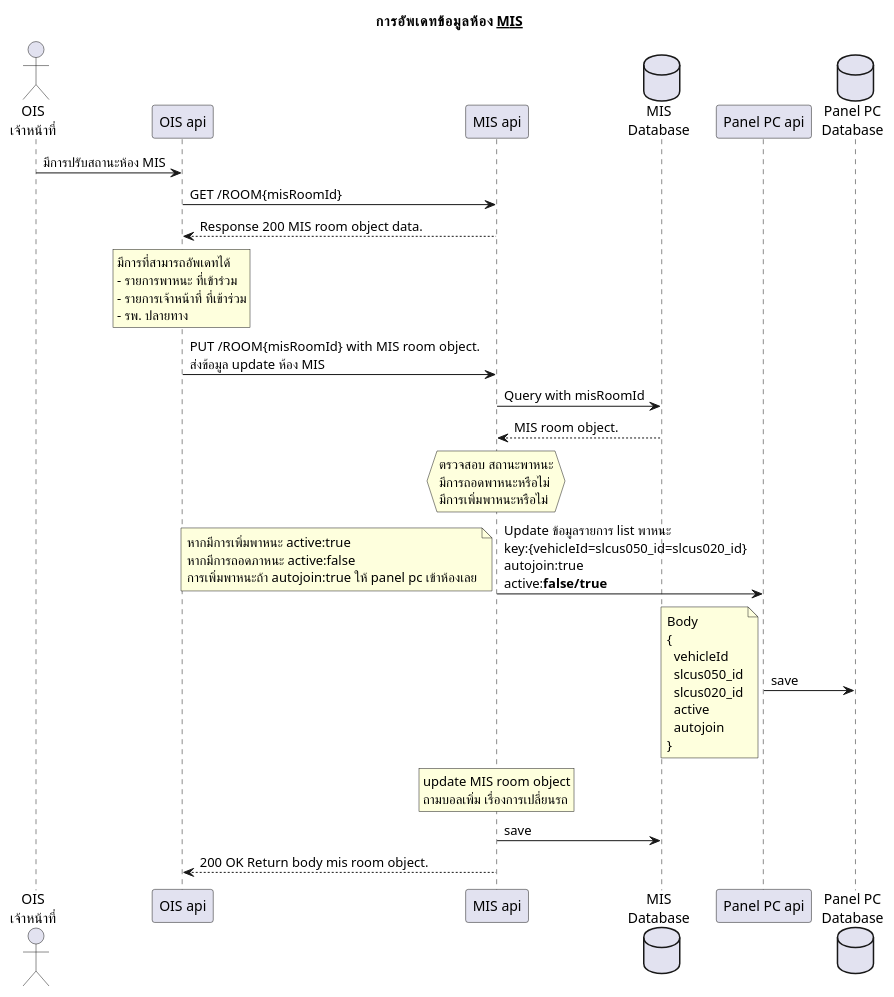
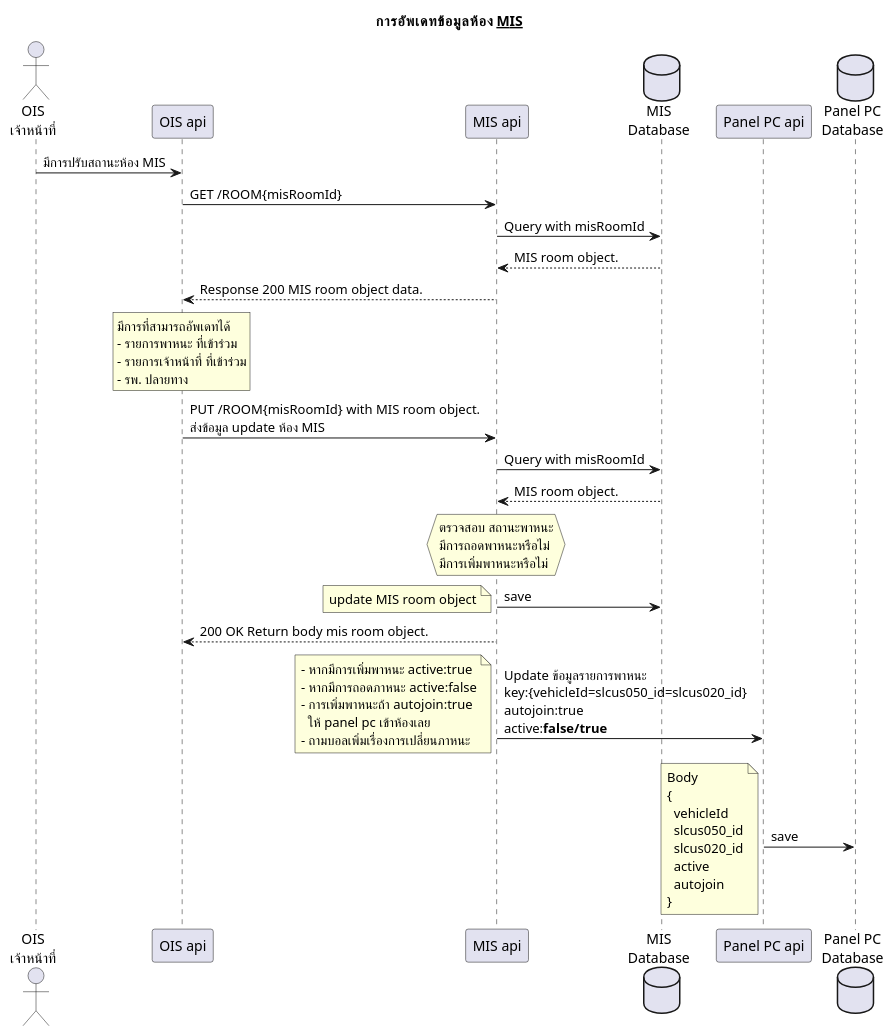
One commit to lionants02/mis-api-doc changed the diagram in uml/new_update_mis.plantuml. Above: the diagram before and after it, drawn with PlantUML. The commit also changed 2 other files, not shown here.

```diff
--- a/uml/new_update_mis.plantuml
+++ b/uml/new_update_mis.plantuml
@@ -1,54 +1,57 @@
 @startuml
 Title การอัพเดทข้อมูลห้อง __MIS__
   actor "OIS\nเจ้าหน้าที่" as OIS
   OIS -> "OIS api": มีการปรับสถานะห้อง MIS
   "OIS api"-> "MIS api": GET /ROOM{misRoomId}
+  database "MIS\nDatabase" as misdb
+  "MIS api" -> misdb: Query with misRoomId
+  "MIS api" <-- misdb: MIS room object.
   "OIS api"<-- "MIS api":Response 200 MIS room object data.
 
   rnote over "OIS api"
     มีการที่สามารถอัพเดทได้
     - รายการพาหนะ ที่เข้าร่วม
     - รายการเจ้าหน้าที่ ที่เข้าร่วม
     - รพ. ปลายทาง
   endnote
   "OIS api"-> "MIS api": PUT /ROOM{misRoomId} with MIS room object.\nส่งข้อมูล update ห้อง MIS
-  database "MIS\nDatabase" as misdb
+
   "MIS api" -> misdb: Query with misRoomId
   "MIS api" <-- misdb: MIS room object.
 
   hnote over "MIS api"
     ตรวจสอบ สถานะพาหนะ
     มีการถอดพาหนะหรือไม่
     มีการเพิ่มพาหนะหรือไม่
   endnote
 
-  "MIS api" -> "Panel PC api": Update ข้อมูลรายการ list พาหนะ\nkey:{vehicleId=slcus050_id=slcus020_id}\nautojoin:true\nactive:**false/true**
+  "MIS api" -> misdb: save
+  note left
+    update MIS room object
+  endnote
+
+  "OIS api" <-- "MIS api": 200 OK Return body mis room object.
+
+  "MIS api" -> "Panel PC api": Update ข้อมูลรายการพาหนะ\nkey:{vehicleId=slcus050_id=slcus020_id}\nautojoin:true\nactive:**false/true**
 
   note left
-    หากมีการเพิ่มพาหนะ active:true
-    หากมีการถอดภาหนะ active:false
-    การเพิ่มพาหนะถ้า autojoin:true ให้ panel pc เข้าห้องเลย
+    - หากมีการเพิ่มพาหนะ active:true
+    - หากมีการถอดภาหนะ active:false
+    - การเพิ่มพาหนะถ้า autojoin:true
+      ให้ panel pc เข้าห้องเลย
+    - ถามบอลเพิ่มเรื่องการเปลี่ยนภาหนะ
   endnote
   database "Panel PC\nDatabase" as paneldb
   "Panel PC api" -> paneldb: save
   note left
     Body
     {
       vehicleId
       slcus050_id
       slcus020_id
       active
       autojoin
     }
   endnote
 
-  rnote over "MIS api"
-    update MIS room object
-    ถามบอลเพิ่ม เรื่องการเปลี่ยนรถ
-  endnote
-
-  "MIS api" -> misdb: save
-  "OIS api" <-- "MIS api": 200 OK Return body mis room object.
-
-
 @enduml
```
